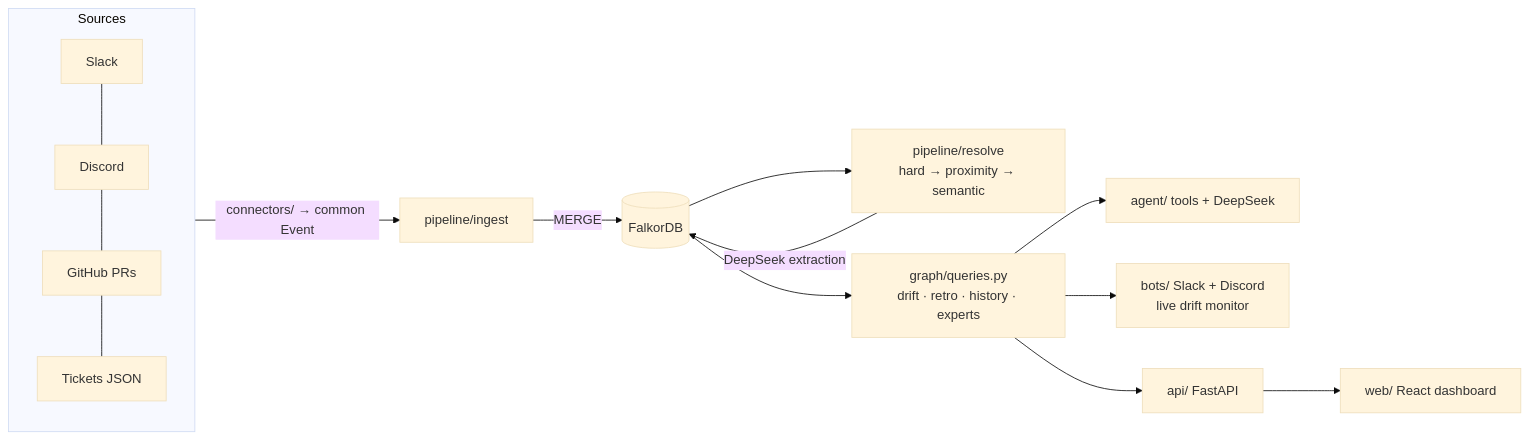
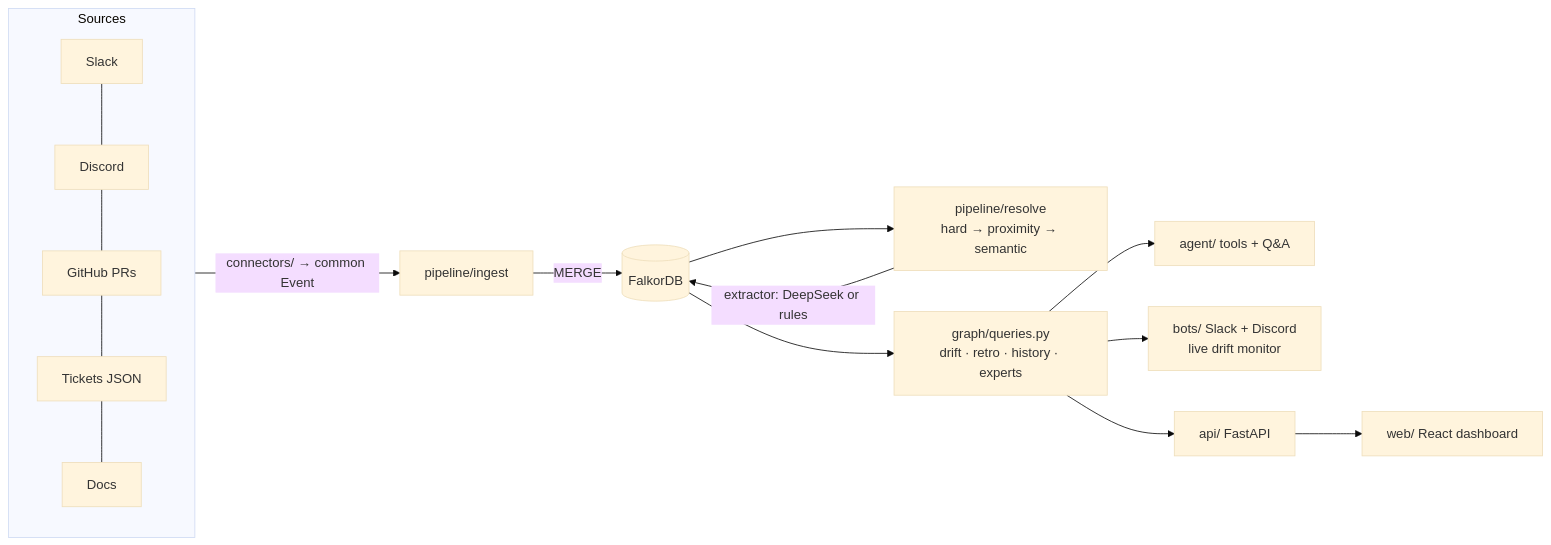
Before and after one commit to ayushagarwalhere/company_brain: the first of 2 diagrams in README.md, drawn with Mermaid (base theme). The commit also changed other lines of this file and 29 other files, not shown here.

````diff
--- a/README.md
+++ b/README.md
@@ -57,14 +218,14 @@
 ```mermaid
 flowchart LR
   subgraph Sources
-    S[Slack] --- D[Discord] --- G[GitHub PRs] --- T[Tickets JSON]
+    S[Slack] --- D[Discord] --- G[GitHub PRs] --- T[Tickets JSON] --- O[Docs]
   end
   Sources -->|connectors/ → common Event| I[pipeline/ingest]
   I -->|MERGE| F[(FalkorDB)]
   F --> R[pipeline/resolve<br/>hard → proximity → semantic]
-  R -->|DeepSeek extraction| F
+  R -->|extractor: DeepSeek or rules| F
   F --> Q[graph/queries.py<br/>drift · retro · history · experts]
-  Q --> A[agent/ tools + DeepSeek]
+  Q --> A[agent/ tools + Q&A]
   Q --> B[bots/ Slack + Discord<br/>live drift monitor]
   Q --> API[api/ FastAPI] --> UI[web/ React dashboard]
 ```
````
